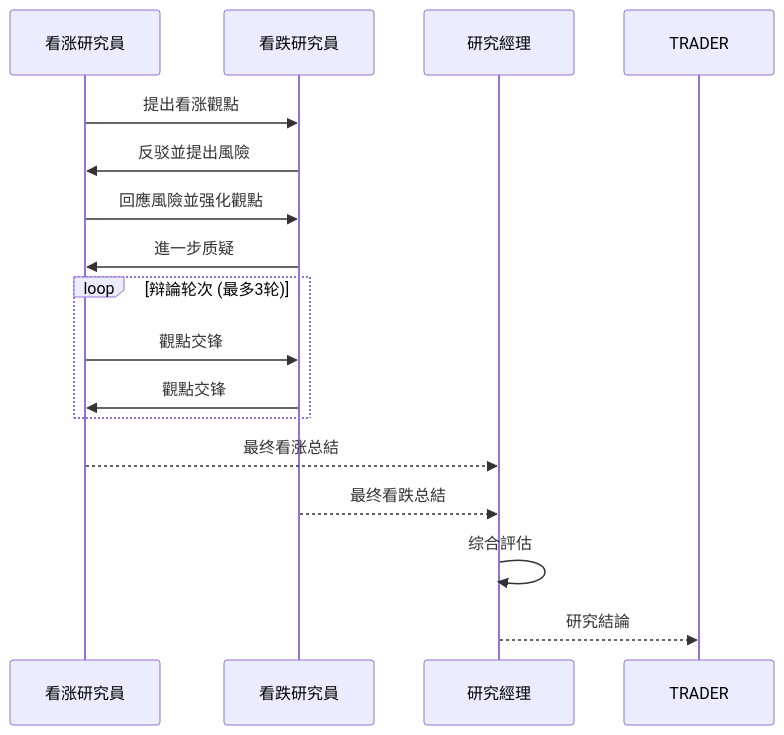
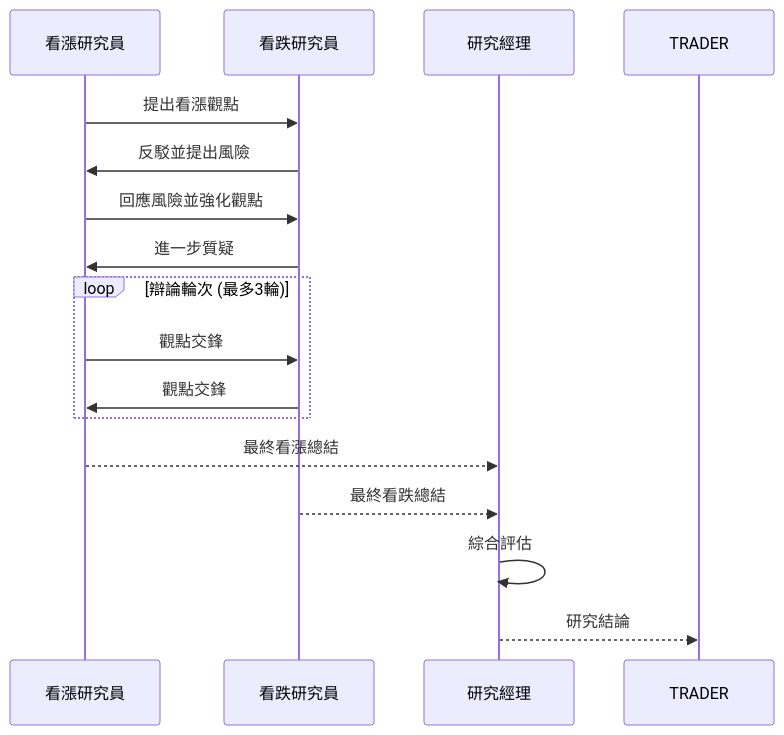
Before and after one commit to aiinpocket/TradingAgents-CN: the fourth of 5 diagrams in docs/design/stock_analysis_system_design.md, drawn with Mermaid. The commit also changed other lines of this file and 277 other files, not shown here.

````diff
--- a/docs/design/stock_analysis_system_design.md
+++ b/docs/design/stock_analysis_system_design.md
@@ -398,21 +395,21 @@
 ```mermaid
 sequenceDiagram
-    participant BR as 看涨研究員
+    participant BR as 看漲研究員
     participant BEAR as 看跌研究員
     participant JUDGE as 研究經理
 
-    BR->>BEAR: 提出看涨觀點
-    BEAR->>BR: 反驳並提出風險
-    BR->>BEAR: 回應風險並强化觀點
-    BEAR->>BR: 進一步质疑
+    BR->>BEAR: 提出看漲觀點
+    BEAR->>BR: 反駁並提出風險
+    BR->>BEAR: 回應風險並強化觀點
+    BEAR->>BR: 進一步質疑
 
-    loop 辩論轮次 (最多3轮)
-        BR->>BEAR: 觀點交锋
-        BEAR->>BR: 觀點交锋
+    loop 辯論輪次 (最多3輪)
+        BR->>BEAR: 觀點交鋒
+        BEAR->>BR: 觀點交鋒
     end
 
-    BR-->>JUDGE: 最终看涨总結
-    BEAR-->>JUDGE: 最终看跌总結
-    JUDGE->>JUDGE: 综合評估
+    BR-->>JUDGE: 最終看漲總結
+    BEAR-->>JUDGE: 最終看跌總結
+    JUDGE->>JUDGE: 綜合評估
     JUDGE-->>TRADER: 研究結論
 ```
````
